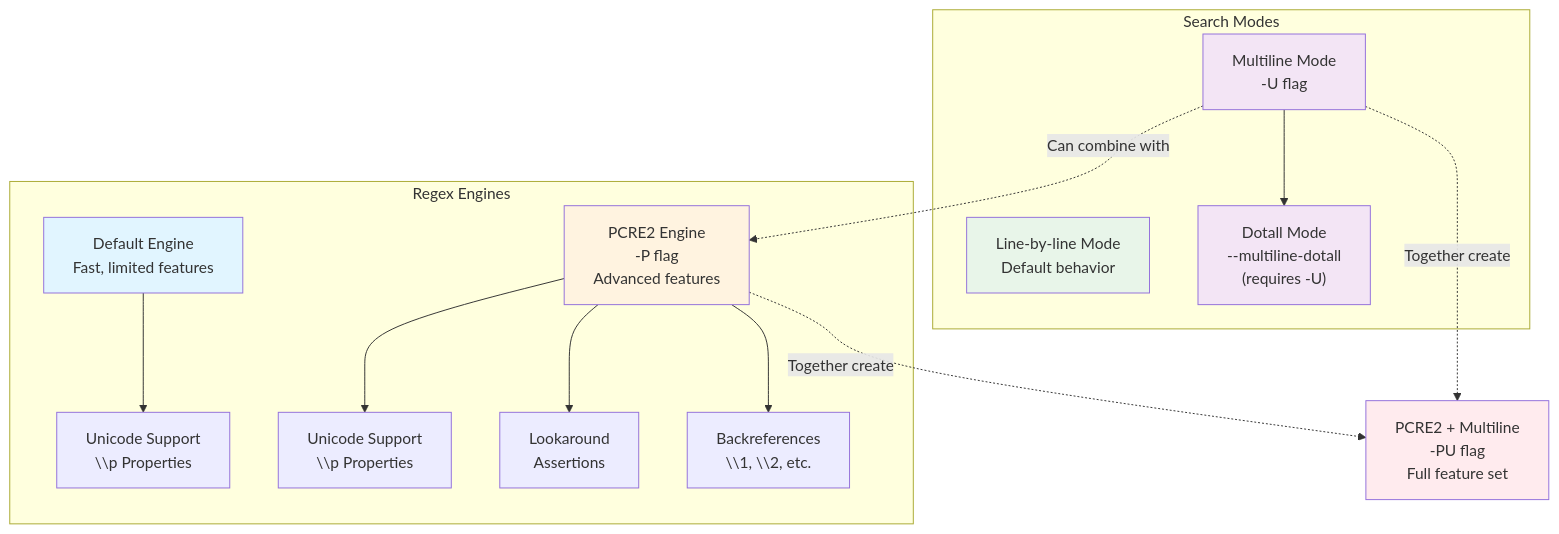
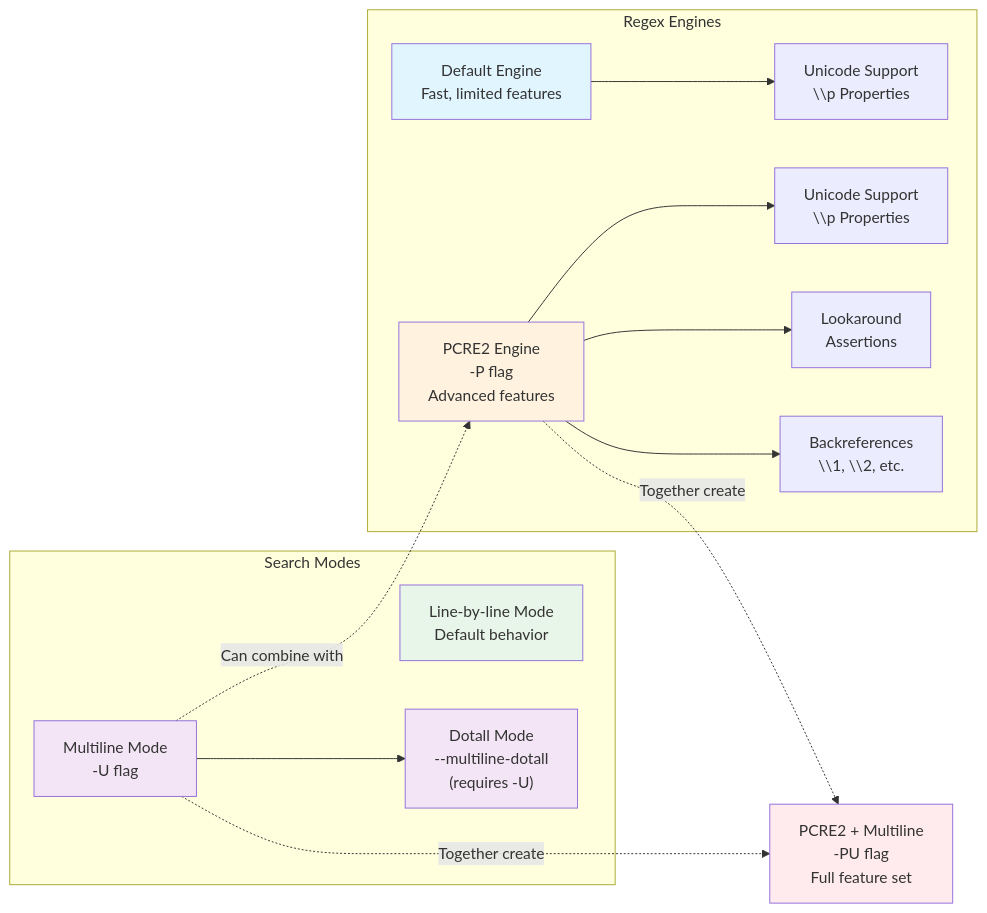
Before and after one commit to iepathos/ripgrep: the first of 2 diagrams in docs/advanced-patterns/index.md, drawn with Mermaid. The commit also changed 16 other files, not shown here.

First line of the commit message:
fix: improve Mermaid diagram readability by converting to horizontal layout

````diff
--- a/docs/advanced-patterns/index.md
+++ b/docs/advanced-patterns/index.md
@@ -22,46 +22,46 @@
 ```mermaid
-graph TB
+graph LR
     subgraph Modes["Search Modes"]
         Line["Line-by-line Mode
         Default behavior"]
         Multi["Multiline Mode
         -U flag"]
         Dotall["Dotall Mode
         --multiline-dotall
         (requires -U)"]
 
         Multi --> Dotall
     end
 
     subgraph Engines["Regex Engines"]
         Default["Default Engine
         Fast, limited features"]
         PCRE["PCRE2 Engine
         -P flag
         Advanced features"]
 
         Default --> Unicode1["Unicode Support
         \\p Properties"]
         PCRE --> Unicode2["Unicode Support
         \\p Properties"]
         PCRE --> Look["Lookaround
         Assertions"]
         PCRE --> Back["Backreferences
         \\1, \\2, etc."]
     end
 
     Combined["PCRE2 + Multiline
     -PU flag
     Full feature set"]
 
     Multi -.->|"Can combine with"| PCRE
     Multi -.->|"Together create"| Combined
     PCRE -.->|"Together create"| Combined
 
     style Line fill:#e8f5e9
     style Default fill:#e1f5ff
     style PCRE fill:#fff3e0
     style Multi fill:#f3e5f5
     style Combined fill:#ffebee
     style Dotall fill:#f3e5f5
 ```
````
